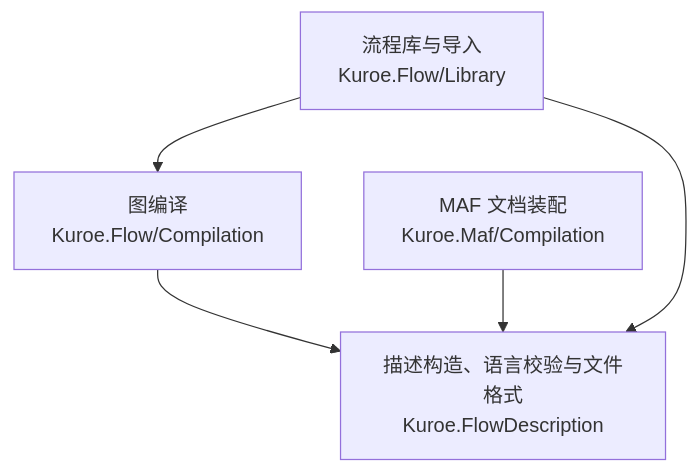
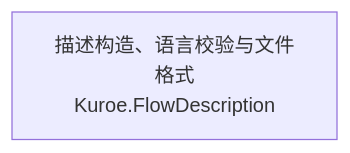
The diagram in docs/dev/architecture/functional_boundary/description/index.md (DrMelt/Kuroe), drawn with Mermaid before and after one commit. The commit also changed other lines of this file and 10 other files, not shown here.

````diff
--- a/docs/dev/architecture/functional_boundary/description/index.md
+++ b/docs/dev/architecture/functional_boundary/description/index.md
@@ -5,11 +5,4 @@
 ```mermaid
 flowchart TD
     FlowDescription["描述构造、语言校验与文件格式<br>Kuroe.FlowDescription"]
-    Compilation["图编译<br>Kuroe.Flow/Compilation"]
-    Library["流程库与导入<br>Kuroe.Flow/Library"]
-    MafCompilation["MAF 文档装配<br>Kuroe.Maf/Compilation"]
-    Compilation --> FlowDescription
-    MafCompilation --> FlowDescription
-    Library --> Compilation
-    Library --> FlowDescription
 ```
````
